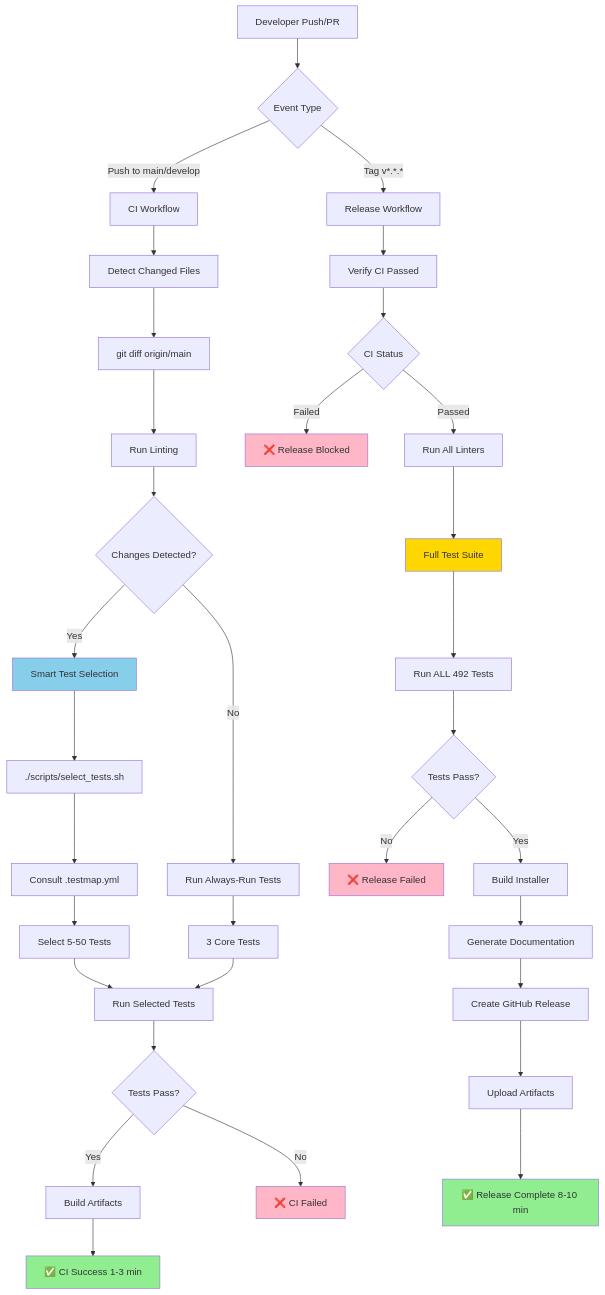
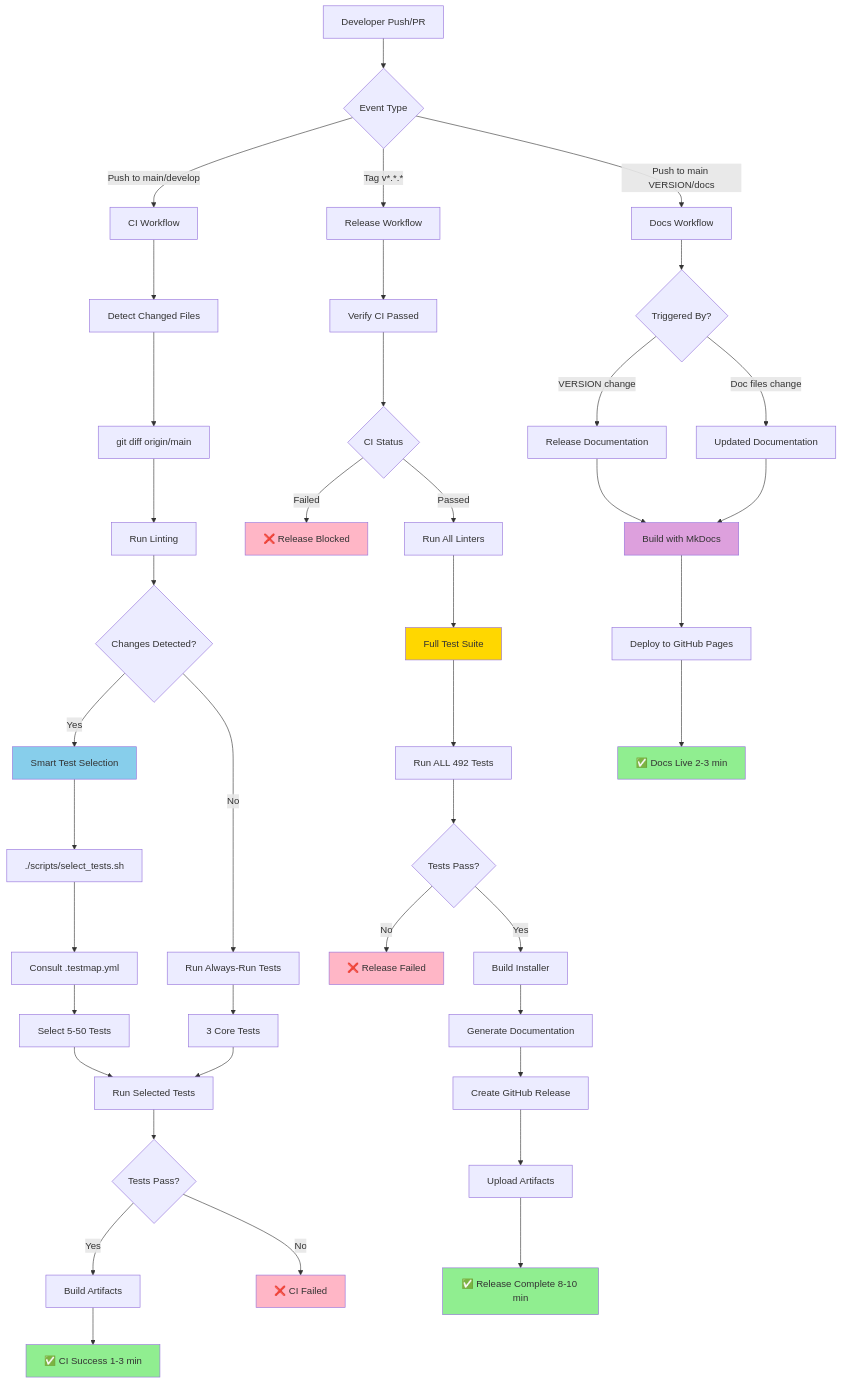
The first of 11 diagrams in doc/images/source/diagrams-mermaid.md (oehrlis/oradba), drawn with Mermaid before and after one commit. The commit also changed other lines of this file and 1 other file, not shown here.

Commit message:
docs: Update workflow documentation for docs deployment
Updated development documentation and diagrams to reflect documentation
workflow changes:

doc/development.md:
- Added 'Documentation Workflow' section
- Explains VERSION file trigger for release documentation
- Documents GitHub Pages deployment restrictions (no tag triggers)
- Updated release flow to show docs deploy before tag
- Added docs.yml to project structure

doc/images/source/diagrams-mermaid.md:
- Enhanced CI/CD Pipeline diagram with docs workflow
- Shows three workflows: CI, Release, and Docs
- Illustrates VERSION and doc file triggers
- Visual flow for documentation deployment

Key points documented:
- Docs deploy on VERSION changes (releases)
- Docs deploy on documentation file changes
- Cannot deploy from tags (GitHub Pages restriction)
- Documentation goes live before release artifacts

````diff
--- a/doc/images/source/diagrams-mermaid.md
+++ b/doc/images/source/diagrams-mermaid.md
@@ -9,55 +9,66 @@
 ```mermaid
 flowchart TD
     A[Developer Push/PR] --> B{Event Type}
     
     B -->|Push to main/develop| C[CI Workflow]
     B -->|Tag v*.*.*| D[Release Workflow]
+    B -->|Push to main VERSION/docs| E[Docs Workflow]
     
     C --> C1[Detect Changed Files]
     C1 --> C2[git diff origin/main]
     C2 --> C3[Run Linting]
     C3 --> C4{Changes Detected?}
     
     C4 -->|Yes| C5[Smart Test Selection]
     C4 -->|No| C6[Run Always-Run Tests]
     
     C5 --> C7[./scripts/select_tests.sh]
     C7 --> C8[Consult .testmap.yml]
     C8 --> C9[Select 5-50 Tests]
     
     C6 --> C10[3 Core Tests]
     
     C9 --> C11[Run Selected Tests]
     C10 --> C11
     
     C11 --> C12{Tests Pass?}
     C12 -->|Yes| C13[Build Artifacts]
     C12 -->|No| C14[❌ CI Failed]
     
     C13 --> C15[✅ CI Success 1-3 min]
     
     D --> D1[Verify CI Passed]
     D1 --> D2{CI Status}
     D2 -->|Failed| D3[❌ Release Blocked]
     D2 -->|Passed| D4[Run All Linters]
     
     D4 --> D5[Full Test Suite]
     D5 --> D6[Run ALL 492 Tests]
     D6 --> D7{Tests Pass?}
     
     D7 -->|No| D8[❌ Release Failed]
     D7 -->|Yes| D9[Build Installer]
     
     D9 --> D10[Generate Documentation]
     D10 --> D11[Create GitHub Release]
     D11 --> D12[Upload Artifacts]
     D12 --> D13[✅ Release Complete 8-10 min]
     
+    E --> E1{Triggered By?}
+    E1 -->|VERSION change| E2[Release Documentation]
+    E1 -->|Doc files change| E3[Updated Documentation]
+    E2 --> E4[Build with MkDocs]
+    E3 --> E4
+    E4 --> E5[Deploy to GitHub Pages]
+    E5 --> E6[✅ Docs Live 2-3 min]
+    
     style C15 fill:#90EE90
     style D13 fill:#90EE90
+    style E6 fill:#90EE90
     style C14 fill:#FFB6C6
     style D3 fill:#FFB6C6
     style D8 fill:#FFB6C6
     style C5 fill:#87CEEB
     style D5 fill:#FFD700
+    style E4 fill:#DDA0DD
 ```
````
